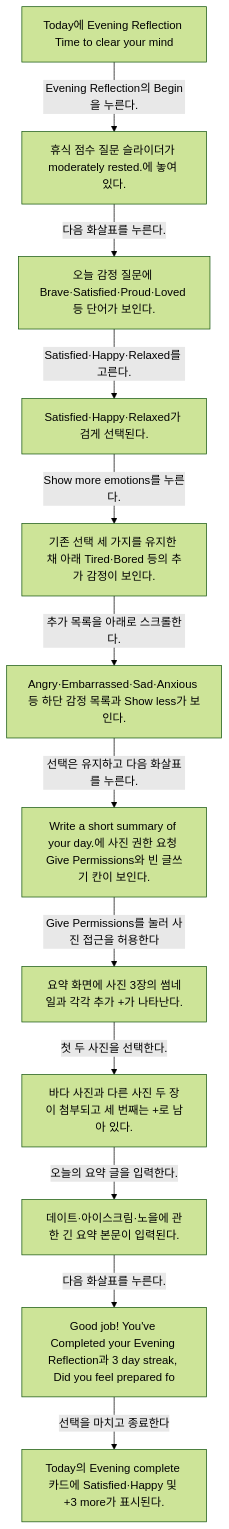
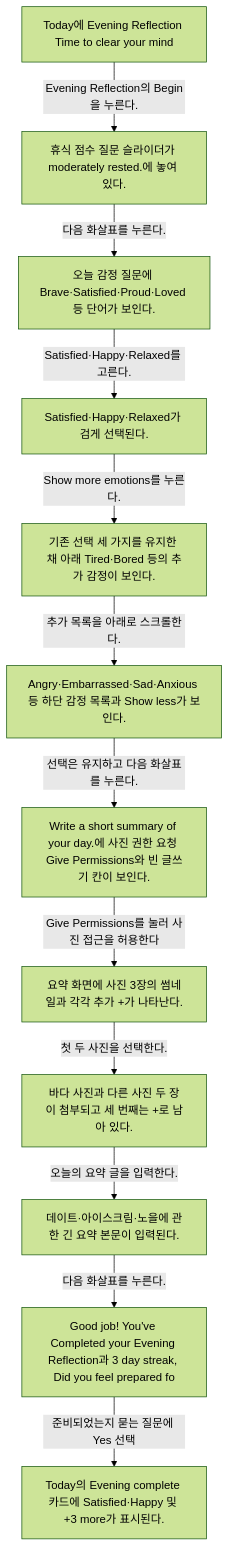
The diagram in docs/Stoic/flows/logging-a-daily-reflection-evening-from-today-c301d081/README.md (Dev-Corgi/Stoic-Build-Clone-Test), drawn with Mermaid (forest theme) before and after one commit. The commit also changed other lines of this file and 23 other files, not shown here.

Commit message:
docs: verify Stoic flows with user-confirmed transitions

````diff
--- a/docs/Stoic/flows/logging-a-daily-reflection-evening-from-today-c301d081/README.md
+++ b/docs/Stoic/flows/logging-a-daily-reflection-evening-from-today-c301d081/README.md
@@ -8,26 +8,26 @@
 ```mermaid
 flowchart TD
   S1["Today에 Evening Reflection Time to clear your mind"]
   S1 -->|Evening Reflection의 Begin을 누른다.| S2
   S2["휴식 점수 질문 슬라이더가 moderately rested.에 놓여 있다."]
   S2 -->|다음 화살표를 누른다.| S3
   S3["오늘 감정 질문에 Brave·Satisfied·Proud·Loved 등 단어가 보인다."]
   S3 -->|Satisfied·Happy·Relaxed를 고른다.| S4
   S4["Satisfied·Happy·Relaxed가 검게 선택된다."]
   S4 -->|Show more emotions를 누른다.| S5
   S5["기존 선택 세 가지를 유지한 채 아래 Tired·Bored 등의 추가 감정이 보인다."]
   S5 -->|추가 목록을 아래로 스크롤한다.| S6
   S6["Angry·Embarrassed·Sad·Anxious 등 하단 감정 목록과 Show less가 보인다."]
   S6 -->|선택은 유지하고 다음 화살표를 누른다.| S7
   S7["Write a short summary of your day.에 사진 권한 요청 Give Permissions와 빈 글쓰기 칸이 보인다."]
   S7 -->|Give Permissions를 눌러 사진 접근을 허용한다| S8
   S8["요약 화면에 사진 3장의 썸네일과 각각 추가 +가 나타난다."]
   S8 -->|첫 두 사진을 선택한다.| S9
   S9["바다 사진과 다른 사진 두 장이 첨부되고 세 번째는 +로 남아 있다."]
   S9 -->|오늘의 요약 글을 입력한다.| S10
   S10["데이트·아이스크림·노을에 관한 긴 요약 본문이 입력된다."]
   S10 -->|다음 화살표를 누른다.| S11
   S11["Good job! You've Completed your Evening Reflection과 3 day streak, Did you feel prepared fo"]
-  S11 -->|선택을 마치고 종료한다| S12
+  S11 -->|준비되었는지 묻는 질문에 Yes 선택| S12
   S12["Today의 Evening complete 카드에 Satisfied·Happy 및 +3 more가 표시된다."]
 ```
````
